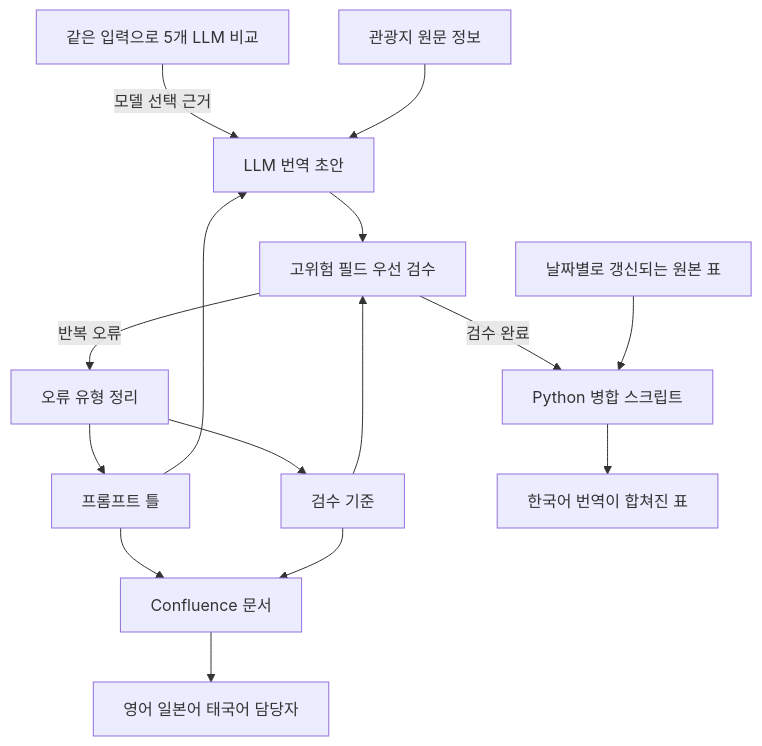
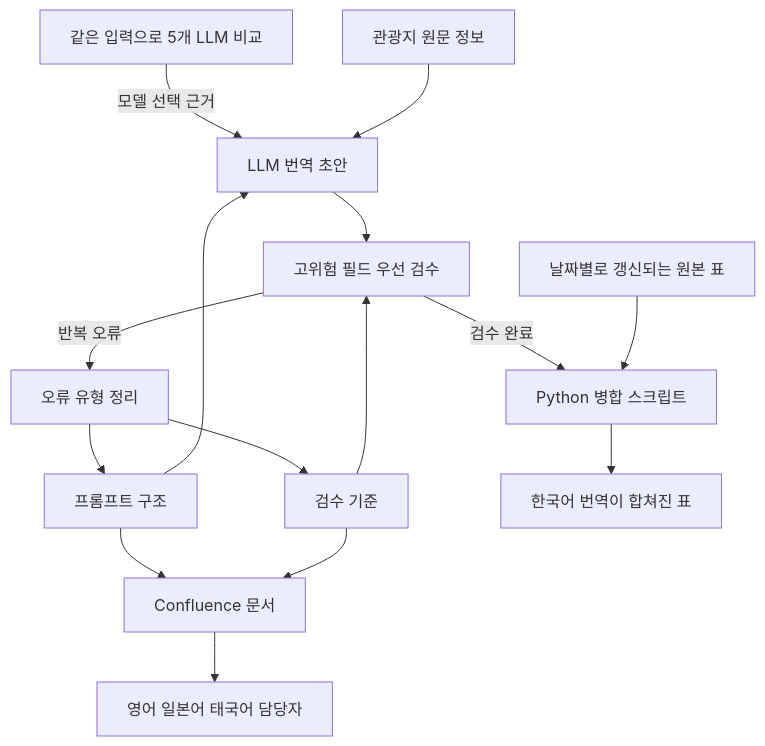
The diagram in projects/tripcom-llm-translation.md (khj1212k/portfolio), drawn with Mermaid before and after one commit. The commit also changed other lines of this file and 2 other files, not shown here.

Commit message:
포트폴리오: 에이전트 활용을 지휘로 표기, 프롬프트 틀을 프롬프트 구조로

````diff
--- a/projects/tripcom-llm-translation.md
+++ b/projects/tripcom-llm-translation.md
@@ -17,17 +17,17 @@
 ```mermaid
 flowchart TD
     M["같은 입력으로 5개 LLM 비교"] -->|모델 선택 근거| B["LLM 번역 초안"]
     A["관광지 원문 정보"] --> B
-    P["프롬프트 틀"] --> B
+    P["프롬프트 구조"] --> B
     B --> C["고위험 필드 우선 검수"]
     C -->|반복 오류| D["오류 유형 정리"]
     D --> P
     D --> K["검수 기준"]
     K --> C
     C -->|검수 완료| E["Python 병합 스크립트"]
     S["날짜별로 갱신되는 원본 표"] --> E
     E --> F["한국어 번역이 합쳐진 표"]
     P --> G["Confluence 문서"]
     K --> G
     G --> H["영어 일본어 태국어 담당자"]
 ```
````
